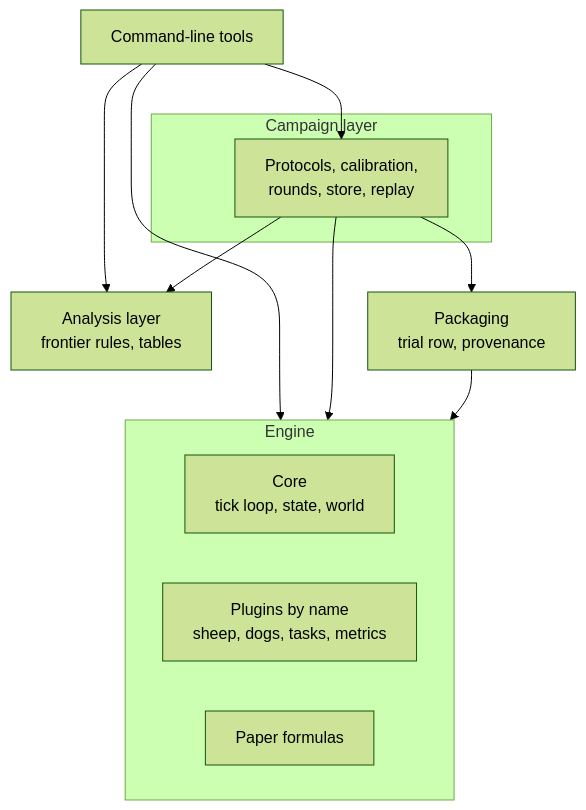
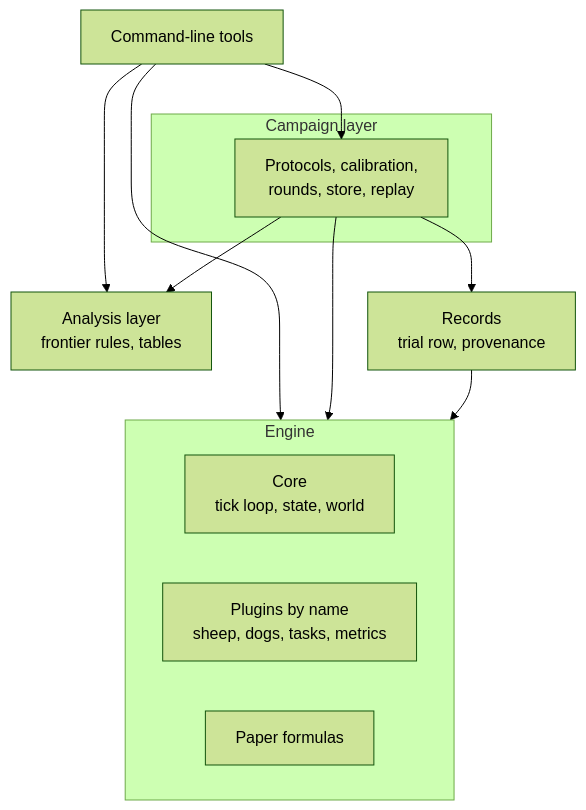
The first of 3 diagrams in docs/codes/architecture.md (lykimq/HerdSim), drawn with Mermaid (forest theme) before and after one commit. The commit also changed other lines of this file and 17 other files, not shown here.

````diff
--- a/docs/codes/architecture.md
+++ b/docs/codes/architecture.md
@@ -34,21 +34,21 @@
 ```mermaid
 flowchart TB
     tools["Command-line tools"]
     subgraph run["Campaign layer"]
         campaign["Protocols, calibration,<br/>rounds, store, replay"]
     end
     analysis["Analysis layer<br/>frontier rules, tables"]
-    packaging["Packaging<br/>trial row, provenance"]
+    records["Records<br/>trial row, provenance"]
     subgraph engine["Engine"]
         core["Core<br/>tick loop, state, world"]
         plugins["Plugins by name<br/>sheep, dogs, tasks, metrics"]
         formulas["Paper formulas"]
     end
     tools --> campaign
     tools --> analysis
     tools --> engine
     campaign --> analysis
-    campaign --> packaging
+    campaign --> records
     campaign --> engine
-    packaging --> engine
+    records --> engine
 ```
````
